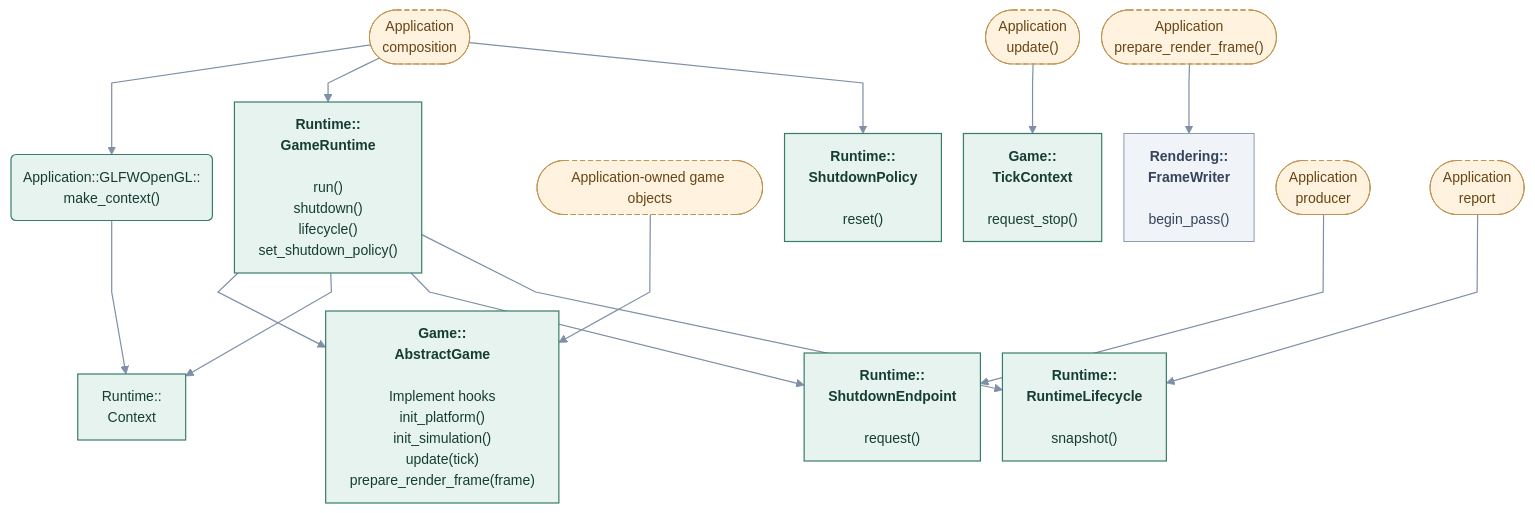
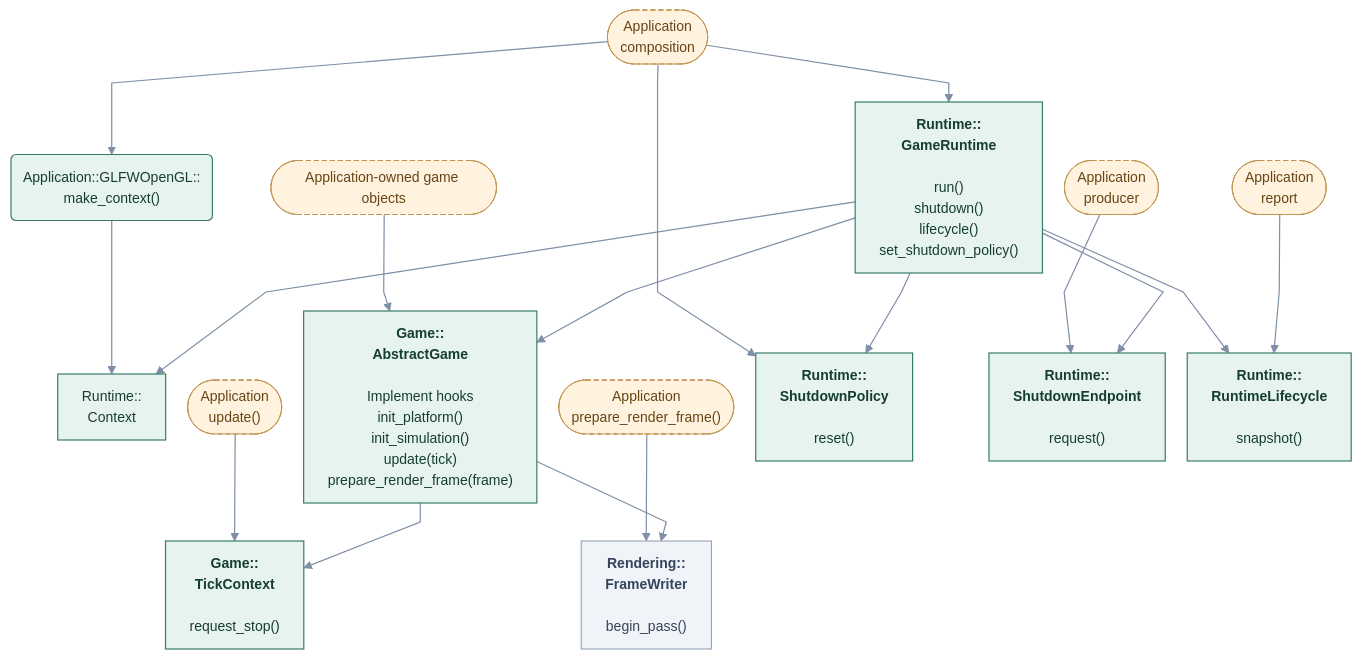
Before and after one commit to cppcooper/cheryl-engine: the diagram in docs/site/engine-systems/diagrams/runtime-application.mmd, drawn with Mermaid. The commit also changed 15 other files, not shown here.

```diff
--- a/docs/site/engine-systems/diagrams/runtime-application.mmd
+++ b/docs/site/engine-systems/diagrams/runtime-application.mmd
@@ -1,49 +1,52 @@
 ---
 config:
   theme: base
   themeVariables:
     fontFamily: system-ui, sans-serif
     fontSize: 14px
   flowchart:
     htmlLabels: true
     curve: linear
     nodeSpacing: 22
     rankSpacing: 38
     padding: 12
 ---
 flowchart TB
     accTitle: Runtime · application composition
     accDescr: Arrows point toward the API or type used, not call order or data flow. Methods beneath type names are selected application entry points; Implement hooks marks engine-invoked overrides. Dashed arrows mark optional choices.
     k0(["Application<br/>composition"]):::app
     k1("Application::GLFWOpenGL::<br/>make_context()"):::focal
     k2["Runtime::<br/>Context"]:::focal
     k3["<b>Runtime::<br/>GameRuntime</b><br/><br/>run()<br/>shutdown()<br/>lifecycle()<br/>set_shutdown_policy()"]:::focal
     k4(["Application-owned game objects"]):::app
     k5["<b>Game::<br/>AbstractGame</b><br/><br/>Implement hooks<br/>init_platform()<br/>init_simulation()<br/>update(tick)<br/>prepare_render_frame(frame)"]:::focal
     k6(["Application<br/>update()"]):::app
     k7["<b>Game::<br/>TickContext</b><br/><br/>request_stop()"]:::focal
     k8(["Application<br/>prepare_render_frame()"]):::app
     k9["<b>Rendering::<br/>FrameWriter</b><br/><br/>begin_pass()"]:::neighbor
     k10["<b>Runtime::<br/>ShutdownPolicy</b><br/><br/>reset()"]:::focal
     k11(["Application<br/>producer"]):::app
     k12["<b>Runtime::<br/>ShutdownEndpoint</b><br/><br/>request()"]:::focal
     k13["<b>Runtime::<br/>RuntimeLifecycle</b><br/><br/>snapshot()"]:::focal
     k14(["Application<br/>report"]):::app
     k0 --> k1
     k1 --> k2
     k0 --> k3
     k4 --> k5
     k3 --> k5
     k3 --> k2
     k6 --> k7
     k8 --> k9
     k0 --> k10
     k11 --> k12
     k3 --> k12
     k3 --> k13
     k14 --> k13
+    k3 --> k10
+    k5 --> k7
+    k5 --> k9
     classDef focal fill:#e7f3ef,stroke:#387d6b,color:#153d33,stroke-width:1.2px
     classDef neighbor fill:#f0f3f8,stroke:#8c9bb1,color:#35445b,stroke-width:1px
     classDef app fill:#fff2df,stroke:#c09452,color:#674515,stroke-dasharray:5 3
     classDef system fill:#eaf0fc,stroke:#617fab,color:#263f69,stroke-width:1.2px
     linkStyle default stroke:#7e8fa7,stroke-width:1.2px
```
